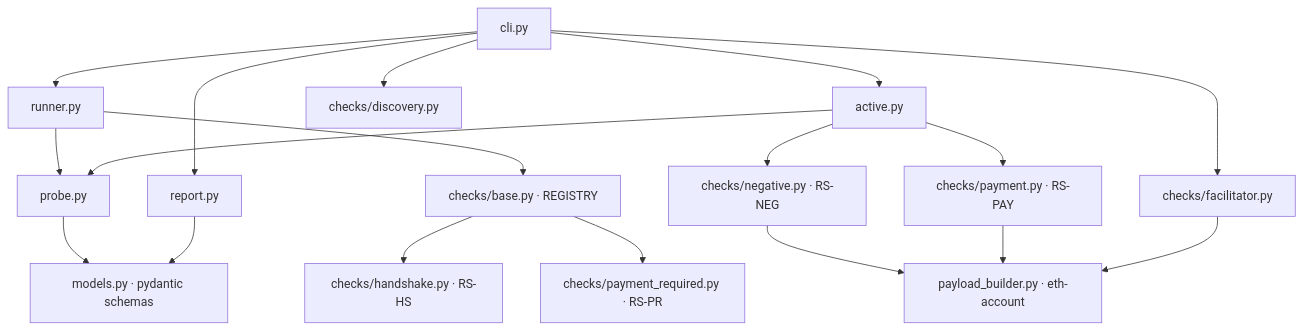
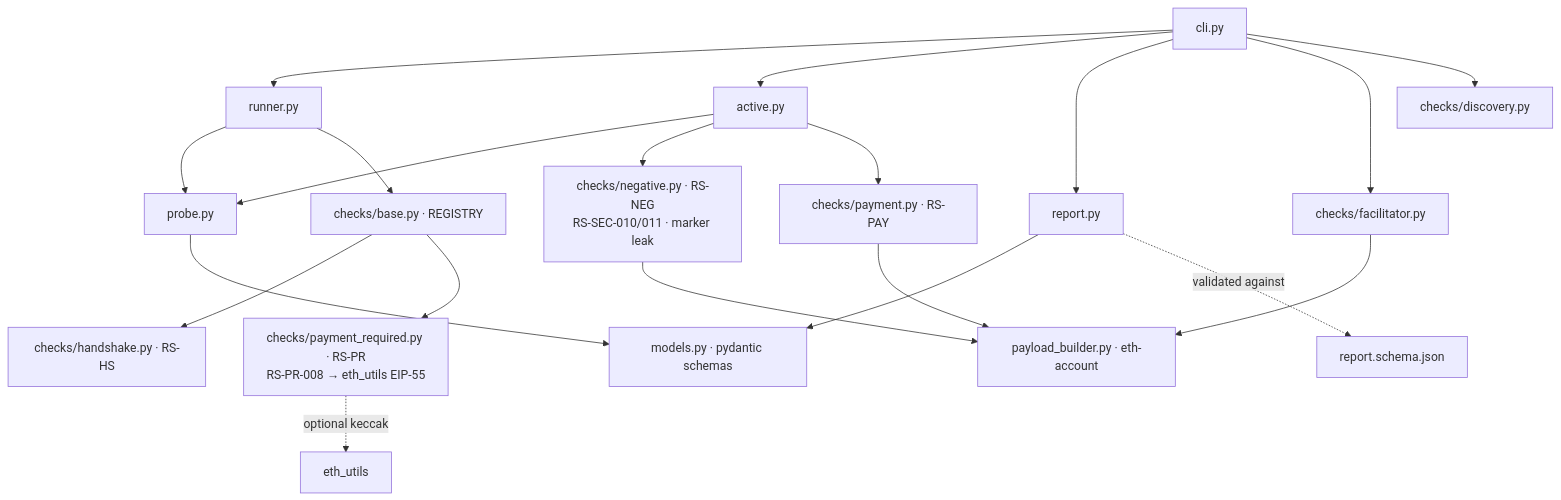
The seventh of 7 diagrams in docs/architecture.md (moped2110/x402-conformance), drawn with Mermaid before and after one commit. The commit also changed other lines of this file and 2 other files, not shown here.

First line of the commit message:
docs: document report schema, EIP-55, content-leak marker, extreme-amount

````diff
--- a/docs/architecture.md
+++ b/docs/architecture.md
@@ -124,24 +192,26 @@
 ```mermaid
 flowchart TD
     cli[cli.py] --> runner[runner.py]
     cli --> active[active.py]
     cli --> report[report.py]
     cli --> fac[checks/facilitator.py]
     cli --> disc[checks/discovery.py]
 
     runner --> probe[probe.py]
     runner --> registry[checks/base.py · REGISTRY]
     probe --> models[models.py · pydantic schemas]
 
     registry --> hs[checks/handshake.py · RS-HS]
-    registry --> pr[checks/payment_required.py · RS-PR]
+    registry --> pr[checks/payment_required.py · RS-PR<br/>RS-PR-008 → eth_utils EIP-55]
 
     active --> probe
-    active --> neg[checks/negative.py · RS-NEG]
+    active --> neg[checks/negative.py · RS-NEG<br/>RS-SEC-010/011 · marker leak]
     active --> payc[checks/payment.py · RS-PAY]
     neg --> builder[payload_builder.py · eth-account]
     payc --> builder
     fac --> builder
 
     report --> models
+    report -. "validated against" .-> schema[report.schema.json]
+    pr -. "optional keccak" .-> ethutils[eth_utils]
 ```
````
